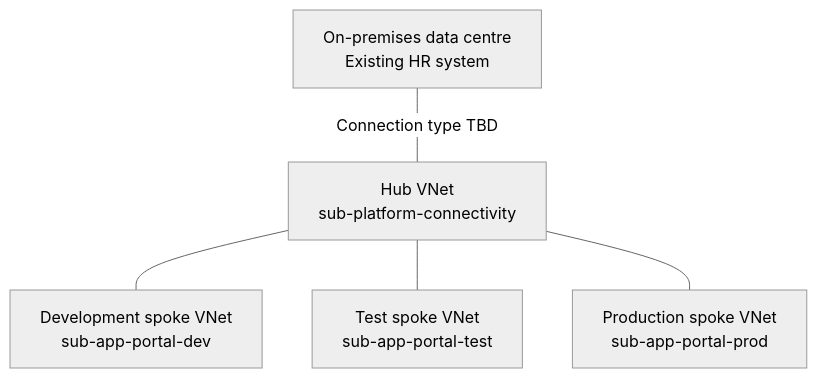
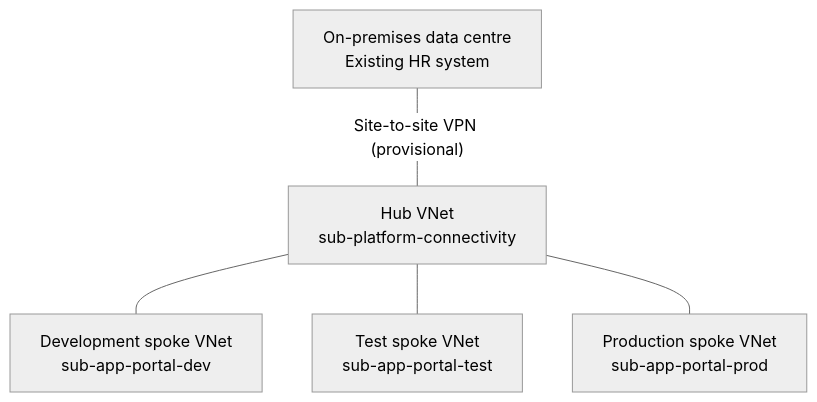
One commit to Amira-hegazy/enterprise-azure-landing-zone_AH changed the fourth of 4 diagrams in docs/04-target-architecture.md. Above: the diagram before and after it, drawn with Mermaid (neutral theme). The commit also changed other lines of this file, not shown here.

Commit message:
Align VPN decision and tidy target architecture

````diff
--- a/docs/04-target-architecture.md
+++ b/docs/04-target-architecture.md
@@ -245,11 +230,11 @@
 ```mermaid
 flowchart TB
     DC["On-premises data centre<br/>Existing HR system"]
     HUB["Hub VNet<br/>sub-platform-connectivity"]
 
-    DC ---|"Connection type TBD"| HUB
+    DC ---|"Site-to-site VPN (provisional)"| HUB
 
     HUB --- DEV["Development spoke VNet<br/>sub-app-portal-dev"]
     HUB --- TEST["Test spoke VNet<br/>sub-app-portal-test"]
     HUB --- PROD["Production spoke VNet<br/>sub-app-portal-prod"]
 ```
````
